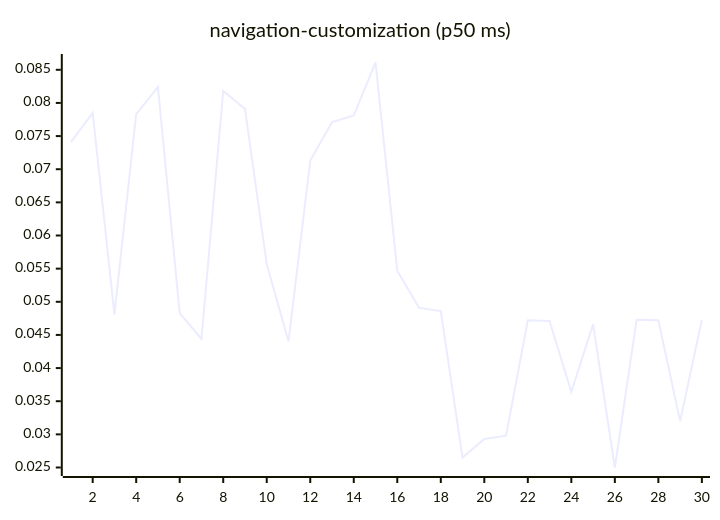
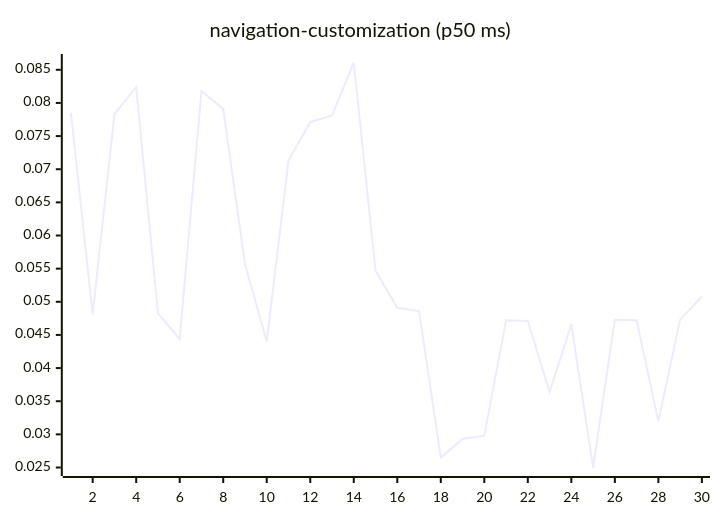
One commit to josha/Facet changed diagram 15 of 27 in README.md. Above: the diagram before and after it, drawn with Mermaid. The commit also changed other lines of this file and 2 other files, not shown here.

````diff
--- a/README.md
+++ b/README.md
@@ -161,6 +161,6 @@
 ```mermaid
 xychart-beta
     title "navigation-customization (p50 ms)"
     x-axis 1 --> 30
-    line [0.0741, 0.0785, 0.0481, 0.0783, 0.0824, 0.0483, 0.0444, 0.0818, 0.0791, 0.0557, 0.0440, 0.0713, 0.0771, 0.0781, 0.0861, 0.0547, 0.0491, 0.0486, 0.0265, 0.0293, 0.0298, 0.0472, 0.0471, 0.0364, 0.0466, 0.0250, 0.0473, 0.0472, 0.0320, 0.0473]
+    line [0.0785, 0.0481, 0.0783, 0.0824, 0.0483, 0.0444, 0.0818, 0.0791, 0.0557, 0.0440, 0.0713, 0.0771, 0.0781, 0.0861, 0.0547, 0.0491, 0.0486, 0.0265, 0.0293, 0.0298, 0.0472, 0.0471, 0.0364, 0.0466, 0.0250, 0.0473, 0.0472, 0.0320, 0.0473, 0.0508]
 ```
````
